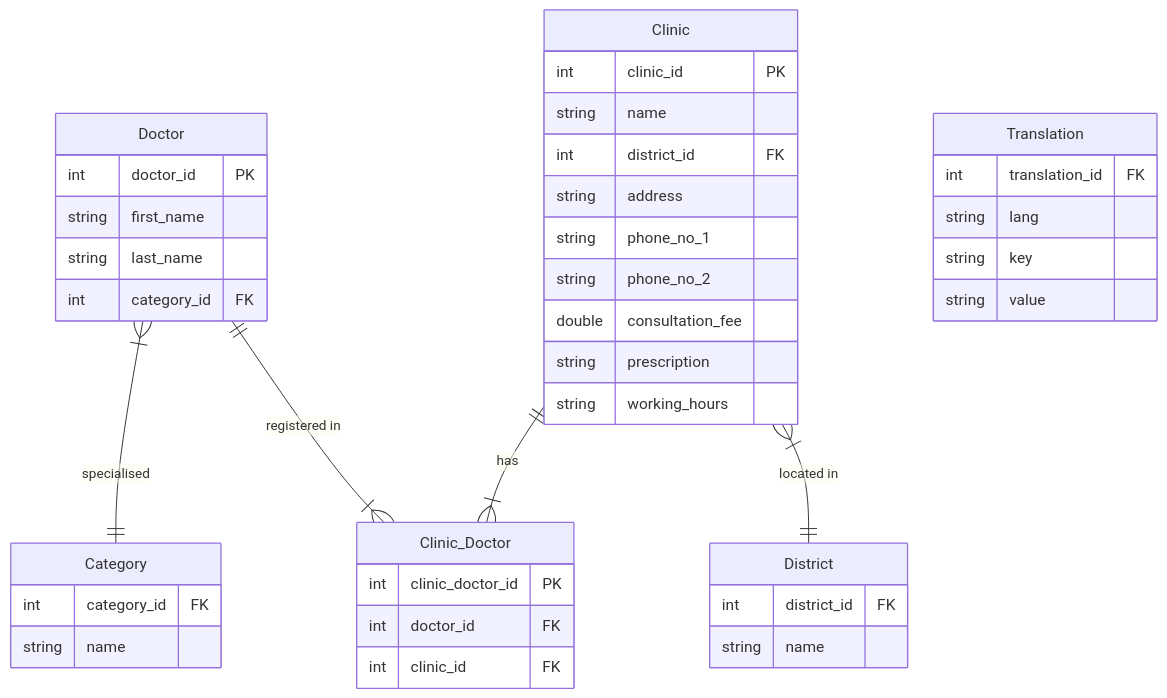
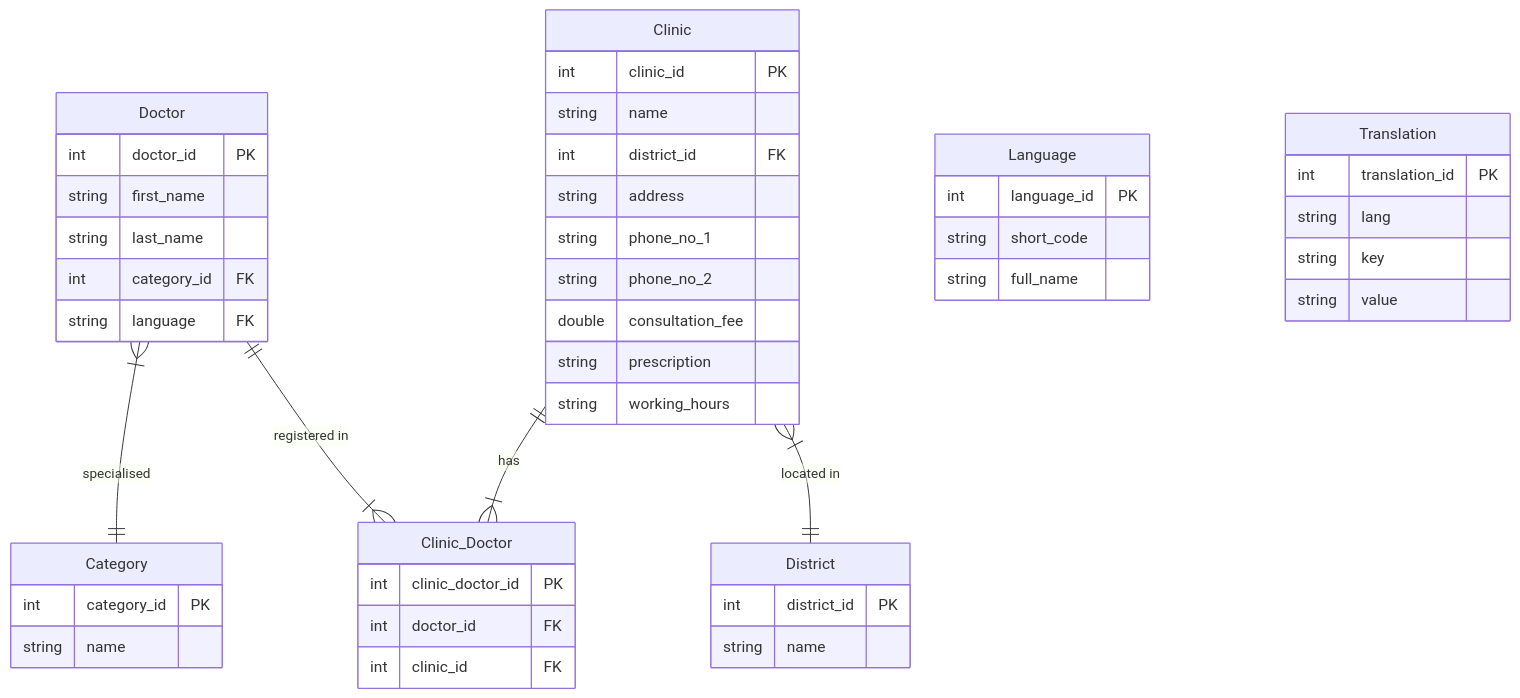
The diagram in README.MD (alexchu-dev/Insurance-Company-Doctor-Listing-Backend-Example), drawn with Mermaid before and after one commit. The commit also changed other lines of this file, not shown here.

````diff
--- a/README.MD
+++ b/README.MD
@@ -56,43 +66,49 @@
 ```mermaid
     erDiagram
     Doctor ||--|{ Clinic_Doctor : "registered in"
     Doctor }|--|| Category : "specialised"
     Doctor {
         int doctor_id PK
         string first_name
         string last_name
         int category_id FK
+        string language FK
     }
     Clinic }|--|| District : "located in"
     Clinic ||--|{ Clinic_Doctor : "has"
     Clinic {
         int clinic_id PK
         string name
         int district_id FK
         string address
         string phone_no_1
         string phone_no_2
         double consultation_fee
         string prescription
         string working_hours
     }
     Clinic_Doctor {
         int clinic_doctor_id PK
         int doctor_id FK
         int clinic_id FK
     }
     District {
-        int district_id FK
+        int district_id PK
         string name
-        }
-        Category {
-            int category_id FK
-            string name
-        }
-        Translation {
-            int translation_id FK
-            string lang
-            string key
-            string value
-        }
+    }
+    Category {
+        int category_id PK
+        string name
+    }
+    Language {
+        int language_id PK
+        string short_code
+        string full_name
+    }
+    Translation {
+        int translation_id PK
+        string lang
+        string key
+        string value
+    }
 ```
````
